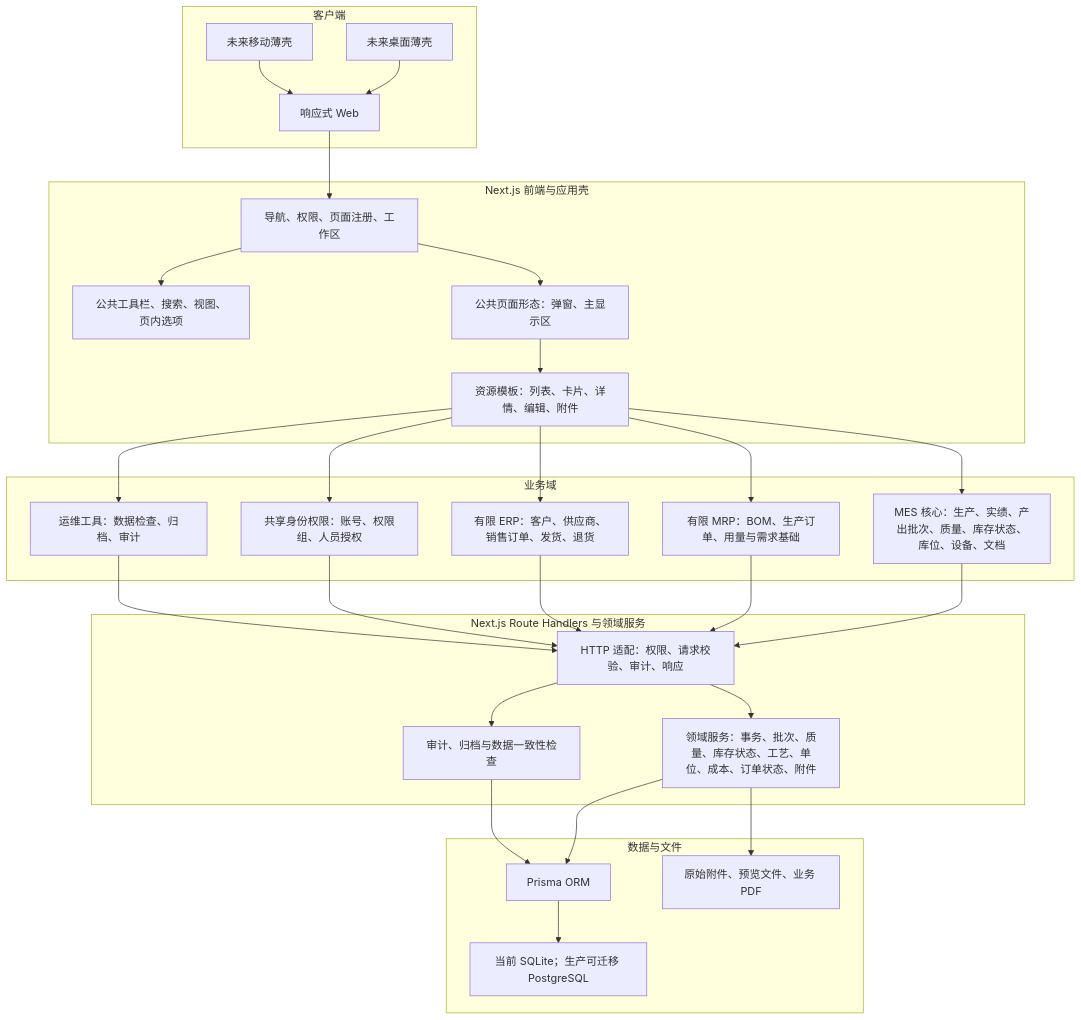
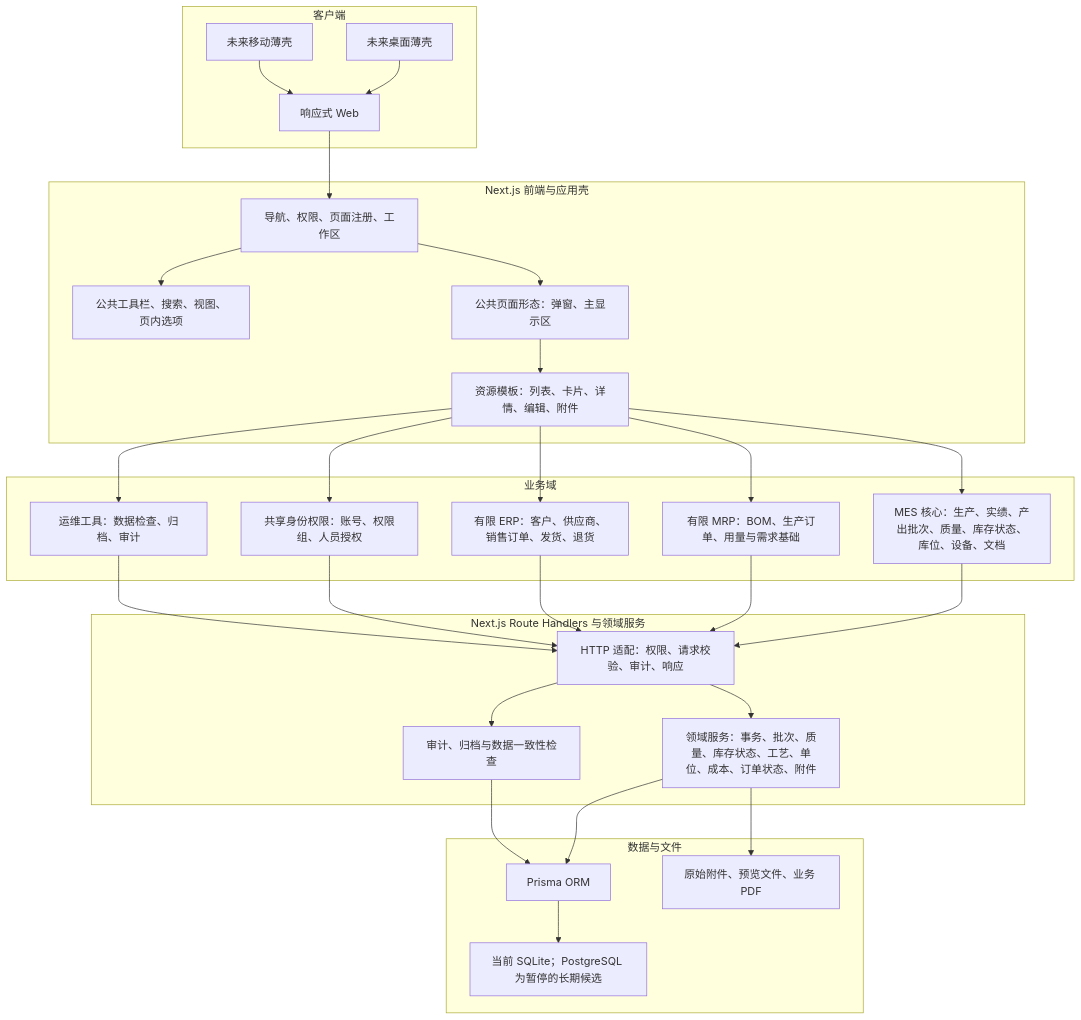
One commit to goldf2/mes-lite changed the fourth of 12 diagrams in docs/architecture/系统结构图.md. Above: the diagram before and after it, drawn with Mermaid. The commit also changed other lines of this file and 18 other files, not shown here.

Commit message:
docs: establish system architecture and workflow baseline

````diff
--- a/docs/architecture/系统结构图.md
+++ b/docs/architecture/系统结构图.md
@@ -5,58 +146,58 @@
 ```mermaid
 flowchart TB
   subgraph Client["客户端"]
     Web["响应式 Web"]
     Desktop["未来桌面薄壳"]
     Mobile["未来移动薄壳"]
   end
 
   subgraph Frontend["Next.js 前端与应用壳"]
     Shell["导航、权限、页面注册、工作区"]
     Toolbar["公共工具栏、搜索、视图、页内选项"]
     Presentation["公共页面形态：弹窗、主显示区"]
     Resource["资源模板：列表、卡片、详情、编辑、附件"]
   end
 
   subgraph Domain["业务域"]
     MES["MES 核心：生产、实绩、产出批次、质量、库存状态、库位、设备、文档"]
     MRP["有限 MRP：BOM、生产订单、用量与需求基础"]
     ERP["有限 ERP：客户、供应商、销售订单、发货、退货"]
     Identity["共享身份权限：账号、权限组、人员授权"]
     Operations["运维工具：数据检查、归档、审计"]
   end
 
   subgraph Server["Next.js Route Handlers 与领域服务"]
     API["HTTP 适配：权限、请求校验、审计、响应"]
     Services["领域服务：事务、批次、质量、库存状态、工艺、单位、成本、订单状态、附件"]
     Audit["审计、归档与数据一致性检查"]
   end
 
   subgraph Data["数据与文件"]
     Prisma["Prisma ORM"]
-    DB["当前 SQLite；生产可迁移 PostgreSQL"]
+    DB["当前 SQLite；PostgreSQL 为暂停的长期候选"]
     Storage["原始附件、预览文件、业务 PDF"]
   end
 
   Web --> Shell
   Desktop --> Web
   Mobile --> Web
   Shell --> Toolbar
   Shell --> Presentation
   Presentation --> Resource
   Resource --> MES
   Resource --> MRP
   Resource --> ERP
   Resource --> Identity
   Resource --> Operations
   MES --> API
   MRP --> API
   ERP --> API
   Identity --> API
   Operations --> API
   API --> Services
   API --> Audit
   Services --> Prisma
   Audit --> Prisma
   Prisma --> DB
   Services --> Storage
 ```
````
